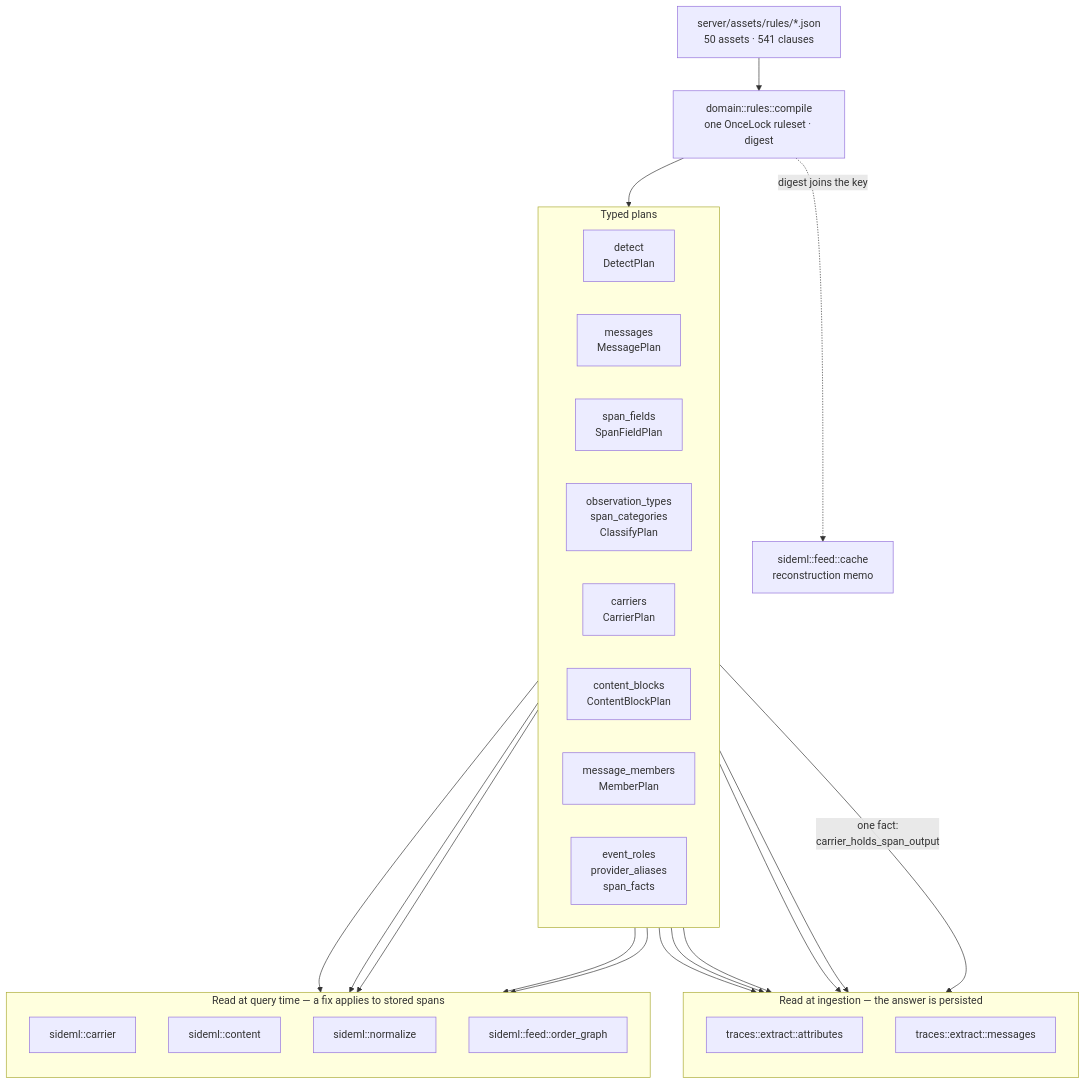
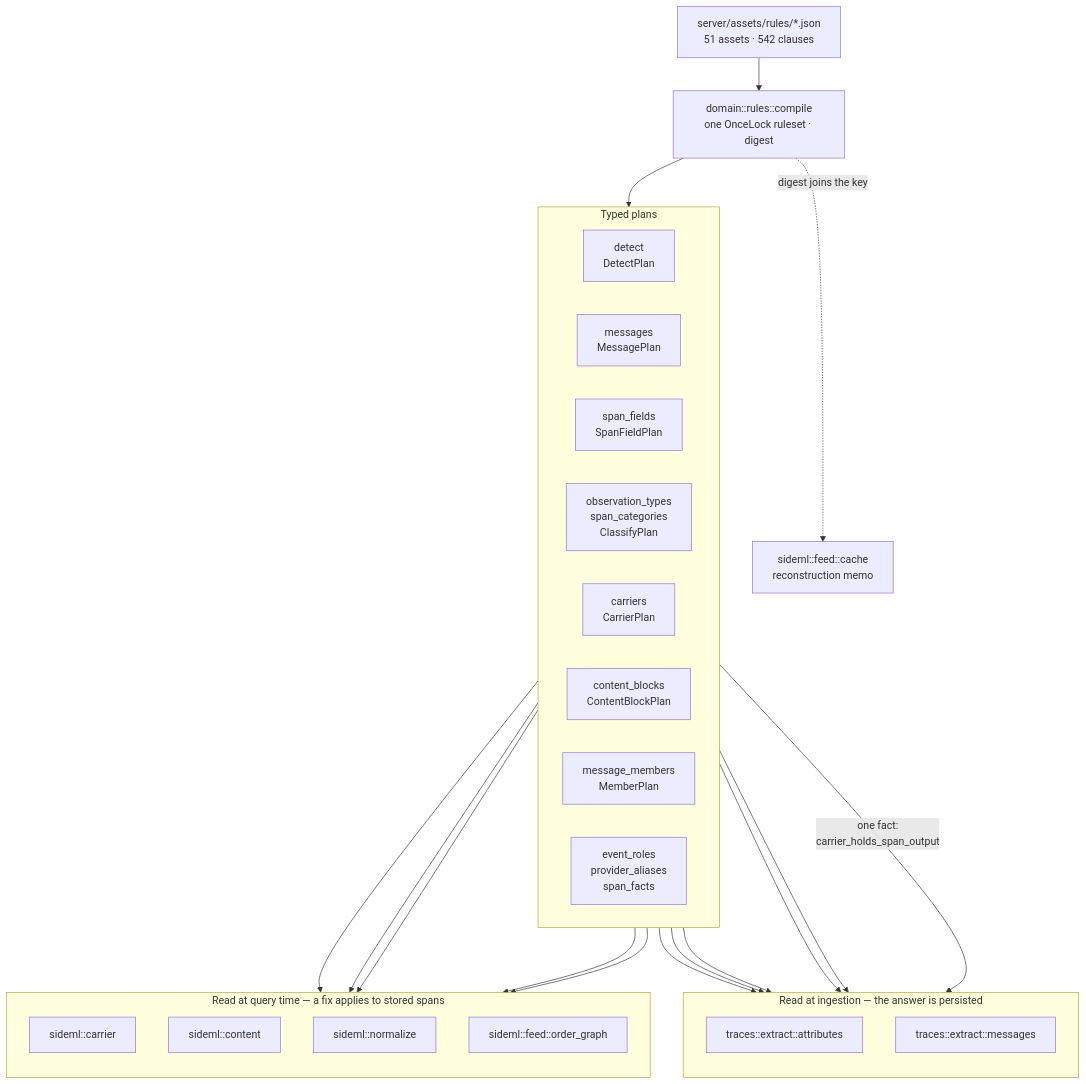
Before and after one commit to sideseat/sideseat: the first of 7 diagrams in docs/engineering/architecture-diagrams.md, drawn with Mermaid. The commit also changed 61 other files, not shown here.

````diff
--- a/docs/engineering/architecture-diagrams.md
+++ b/docs/engineering/architecture-diagrams.md
@@ -18,47 +18,47 @@
 ```mermaid
 flowchart TB
-    assets["server/assets/rules/*.json<br/>50 assets · 541 clauses"]
+    assets["server/assets/rules/*.json<br/>51 assets · 542 clauses"]
     compile["domain::rules::compile<br/>one OnceLock ruleset · digest"]
     assets --> compile
 
     subgraph plans["Typed plans"]
         direction LR
         detect["detect<br/>DetectPlan"]
         messages["messages<br/>MessagePlan"]
         fields["span_fields<br/>SpanFieldPlan"]
         classify["observation_types<br/>span_categories<br/>ClassifyPlan"]
         carriers["carriers<br/>CarrierPlan"]
         blocks["content_blocks<br/>ContentBlockPlan"]
         members["message_members<br/>MemberPlan"]
         roles["event_roles<br/>provider_aliases<br/>span_facts"]
     end
     compile --> plans
 
     subgraph ingest["Read at ingestion — the answer is persisted"]
         direction TB
         attrs["traces::extract::attributes"]
         msgs["traces::extract::messages"]
     end
 
     subgraph query["Read at query time — a fix applies to stored spans"]
         direction TB
         carrier["sideml::carrier"]
         content["sideml::content"]
         normalize["sideml::normalize"]
         order["sideml::feed::order_graph"]
     end
 
     detect --> attrs
     fields --> attrs
     classify --> attrs
     roles --> attrs
     messages --> msgs
     carriers -->|"one fact:<br/>carrier_holds_span_output"| msgs
     carriers --> carrier
     carriers --> order
     blocks --> content
     members --> content
     roles --> normalize
 
     compile -. "digest joins the key" .-> cache["sideml::feed::cache<br/>reconstruction memo"]
 ```
````
